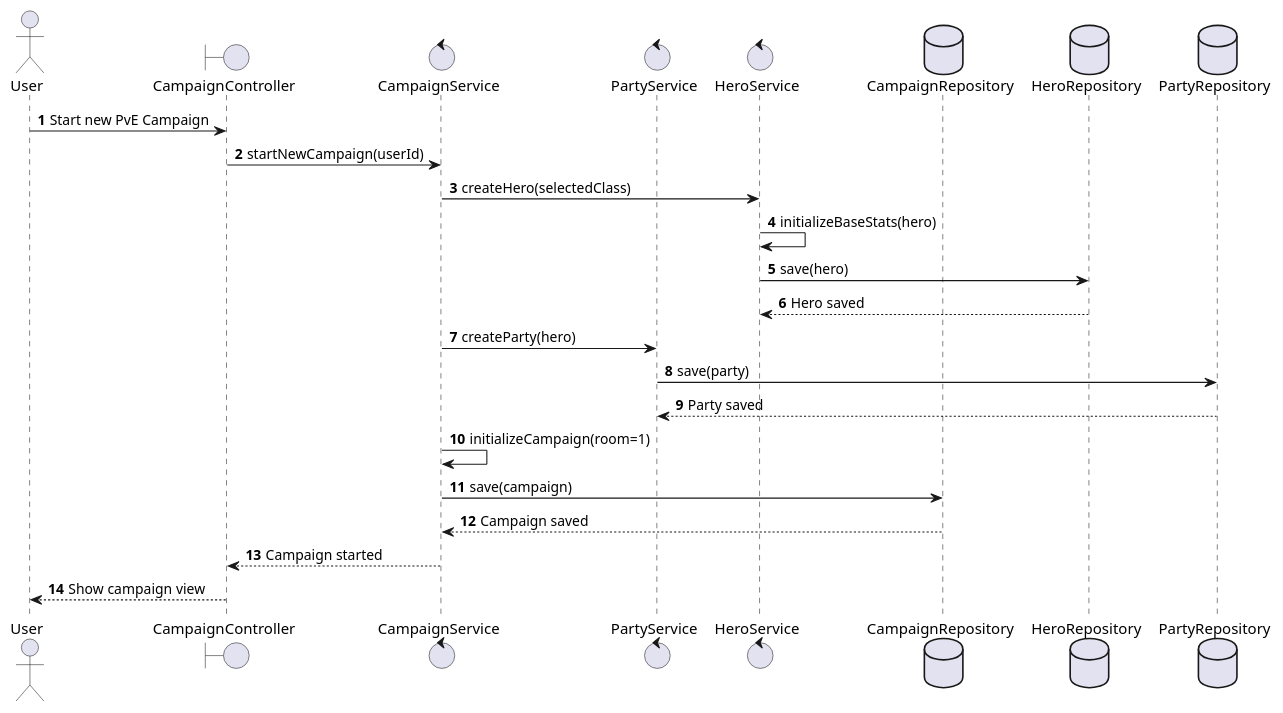
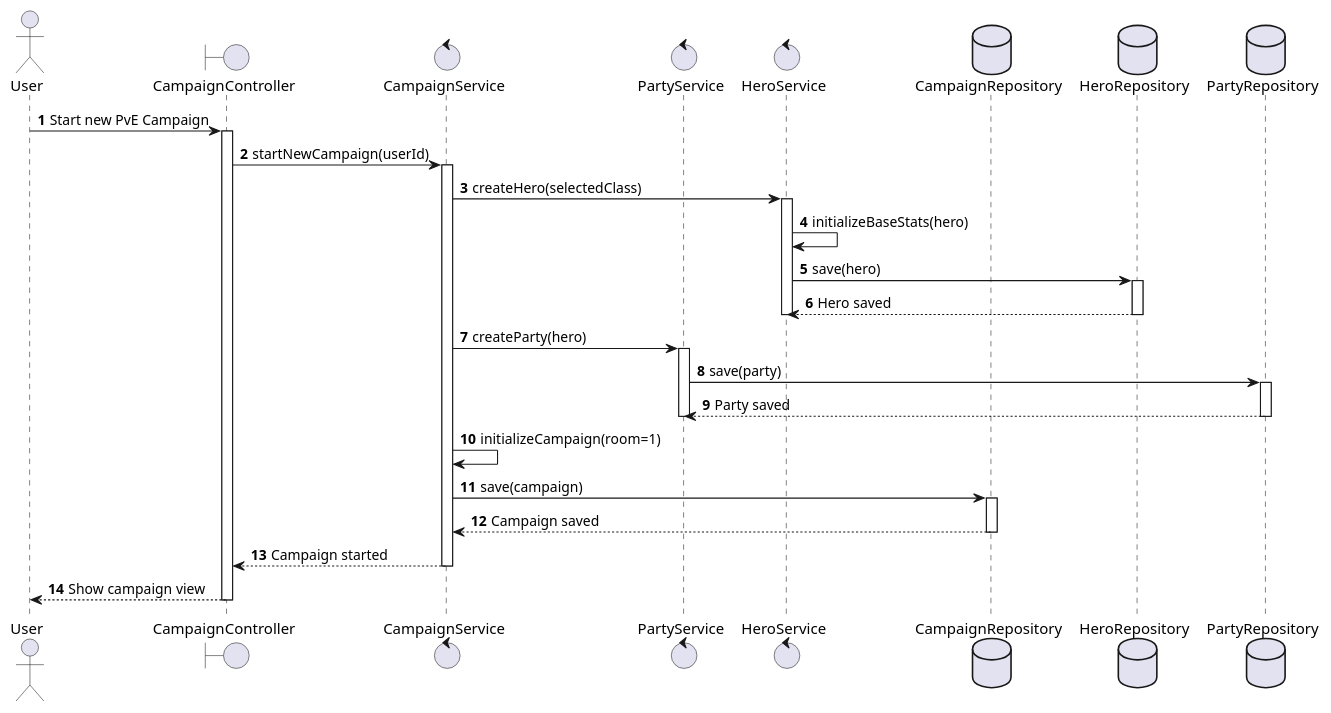
The diagram in Sequence Diagrams/Use Case 2_Start PvE Campaign.puml (MohammedPatel-yorku/LegendsOfSwordAndWand), drawn with PlantUML before and after one commit. The commit also changed 1 other file, not shown here.

Commit message:
UC1,2 Diagrams Refined

```diff
--- a/Sequence Diagrams/Use Case 2_Start PvE Campaign.puml
+++ b/Sequence Diagrams/Use Case 2_Start PvE Campaign.puml
@@ -1,34 +1,48 @@
 @startuml
 'https://plantuml.com/sequence-diagram
 
 autonumber
 
 actor User
 boundary CampaignController
 control CampaignService
 control PartyService
 control HeroService
 database CampaignRepository
 database HeroRepository
 database PartyRepository
 
 User -> CampaignController: Start new PvE Campaign
+activate CampaignController
 CampaignController -> CampaignService: startNewCampaign(userId)
+activate CampaignService
 
 CampaignService -> HeroService: createHero(selectedClass)
+activate HeroService
 HeroService -> HeroService: initializeBaseStats(hero)
 HeroService -> HeroRepository: save(hero)
+activate HeroRepository
 HeroRepository --> HeroService: Hero saved
+deactivate HeroRepository
+deactivate HeroService
 
 CampaignService -> PartyService: createParty(hero)
+activate PartyService
 PartyService -> PartyRepository: save(party)
+activate PartyRepository
 PartyRepository --> PartyService: Party saved
+deactivate PartyRepository
+deactivate PartyService
 
 CampaignService -> CampaignService: initializeCampaign(room=1)
 CampaignService -> CampaignRepository: save(campaign)
+activate CampaignRepository
 CampaignRepository --> CampaignService: Campaign saved
+deactivate CampaignRepository
 
 CampaignService --> CampaignController: Campaign started
+deactivate CampaignService
 CampaignController --> User: Show campaign view
+deactivate CampaignController
 
 @enduml
```
